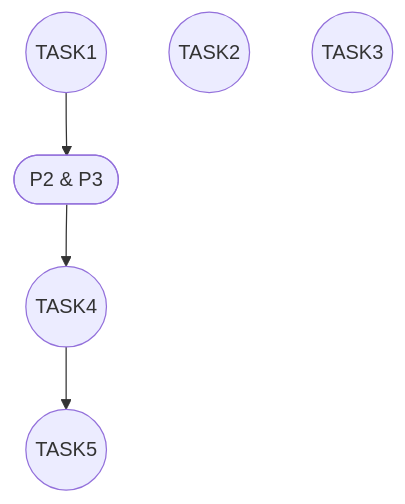
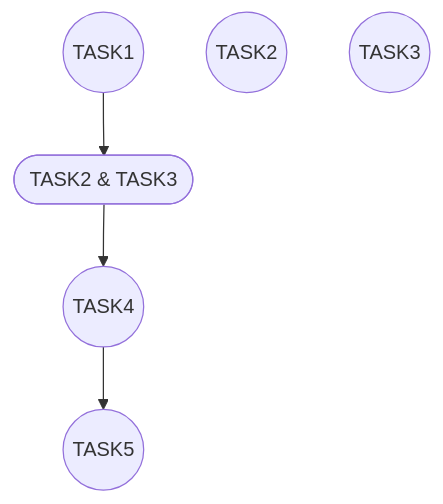
Before and after one commit to truonghienminh-HCMUT/BTL-MHH: the diagram in TASK6_BTL_HK251-main/TASK6_BTL_HK251-main/README.md, drawn with Mermaid.

````diff
--- a/TASK6_BTL_HK251-main/TASK6_BTL_HK251-main/README.md
+++ b/TASK6_BTL_HK251-main/TASK6_BTL_HK251-main/README.md
@@ -5,18 +5,18 @@
 ```mermaid
 flowchart TD
 
     %% Places
     P1(("TASK1"))
     P2(("TASK2"))
     P3(("TASK3"))
     P4(("TASK4"))
     P5(("TASK5"))
 
     %% Transitions
-    P23([P2 & P3])
+    P23([TASK2 & TASK3])
 
     %% Arcs 
     P1 --> P23
     P23 --> P4
     P4 --> P5
 ```
````
